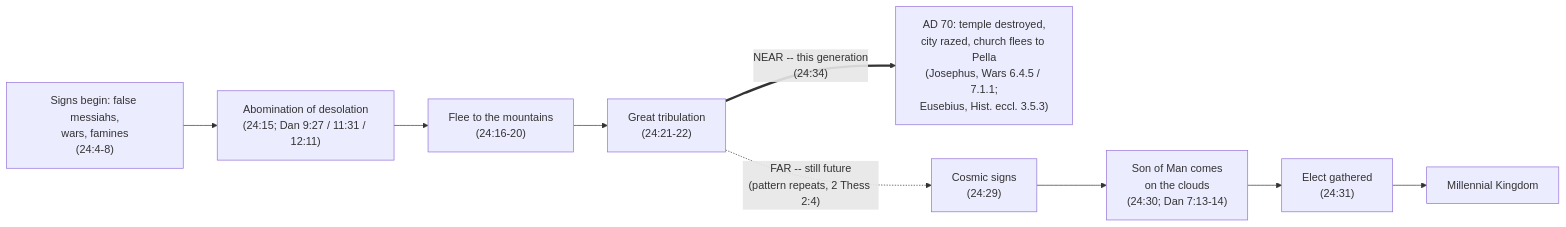
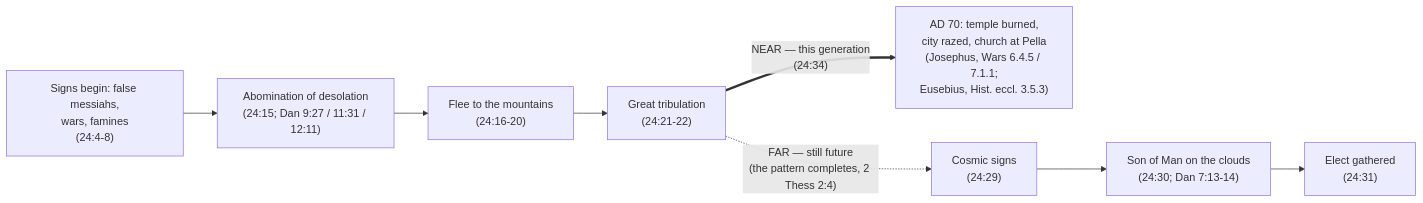
The third of 6 diagrams in docs/content/last-things/olivet-discourse.md (ding0t/bible_studies), drawn with Mermaid before and after one commit. The commit also changed other lines of this file and 7 other files, not shown here.

````diff
--- a/docs/content/last-things/olivet-discourse.md
+++ b/docs/content/last-things/olivet-discourse.md
@@ -272,11 +358,10 @@
 ```mermaid
 flowchart LR
     A["Signs begin: false messiahs,<br/>wars, famines<br/>(24:4-8)"] --> B["Abomination of desolation<br/>(24:15; Dan 9:27 / 11:31 / 12:11)"]
     B --> C["Flee to the mountains<br/>(24:16-20)"]
     C --> D["Great tribulation<br/>(24:21-22)"]
-    D ==>|"NEAR -- this generation<br/>(24:34)"| E["AD 70: temple destroyed,<br/>city razed, church flees to Pella<br/>(Josephus, Wars 6.4.5 / 7.1.1;<br/>Eusebius, Hist. eccl. 3.5.3)"]
-    D -.->|"FAR -- still future<br/>(pattern repeats, 2 Thess 2:4)"| F["Cosmic signs<br/>(24:29)"]
-    F --> G["Son of Man comes<br/>on the clouds<br/>(24:30; Dan 7:13-14)"]
+    D ==>|"NEAR — this generation<br/>(24:34)"| E["AD 70: temple burned,<br/>city razed, church at Pella<br/>(Josephus, Wars 6.4.5 / 7.1.1;<br/>Eusebius, Hist. eccl. 3.5.3)"]
+    D -.->|"FAR — still future<br/>(the pattern completes, 2 Thess 2:4)"| F["Cosmic signs<br/>(24:29)"]
+    F --> G["Son of Man on the clouds<br/>(24:30; Dan 7:13-14)"]
     G --> H["Elect gathered<br/>(24:31)"]
-    H --> I["Millennial Kingdom"]
 ```
````
